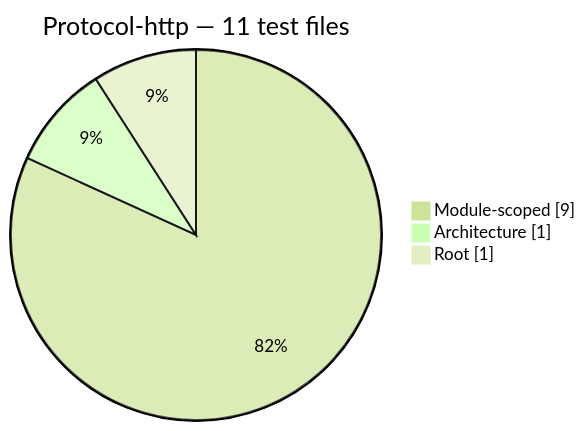
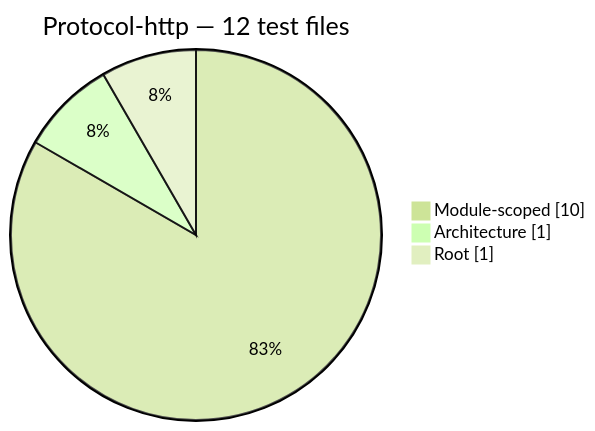
One commit to PHP-Arazzo/php-arazzo changed the ninth of 13 diagrams in docs/generated/test-composition.md. Above: the diagram before and after it, drawn with Mermaid (forest theme). The commit also changed other lines of this file and 20 other files, not shown here.

Commit message:
refactor(protocol-http): use domain exception static factories and rich DTO queries

````diff
--- a/docs/generated/test-composition.md
+++ b/docs/generated/test-composition.md
@@ -134,7 +134,7 @@
 ```mermaid
 pie showData
-    title Protocol-http — 11 test files
-    "Module-scoped": 9
+    title Protocol-http — 12 test files
+    "Module-scoped": 10
     "Architecture": 1
     "Root": 1
 ```
````
